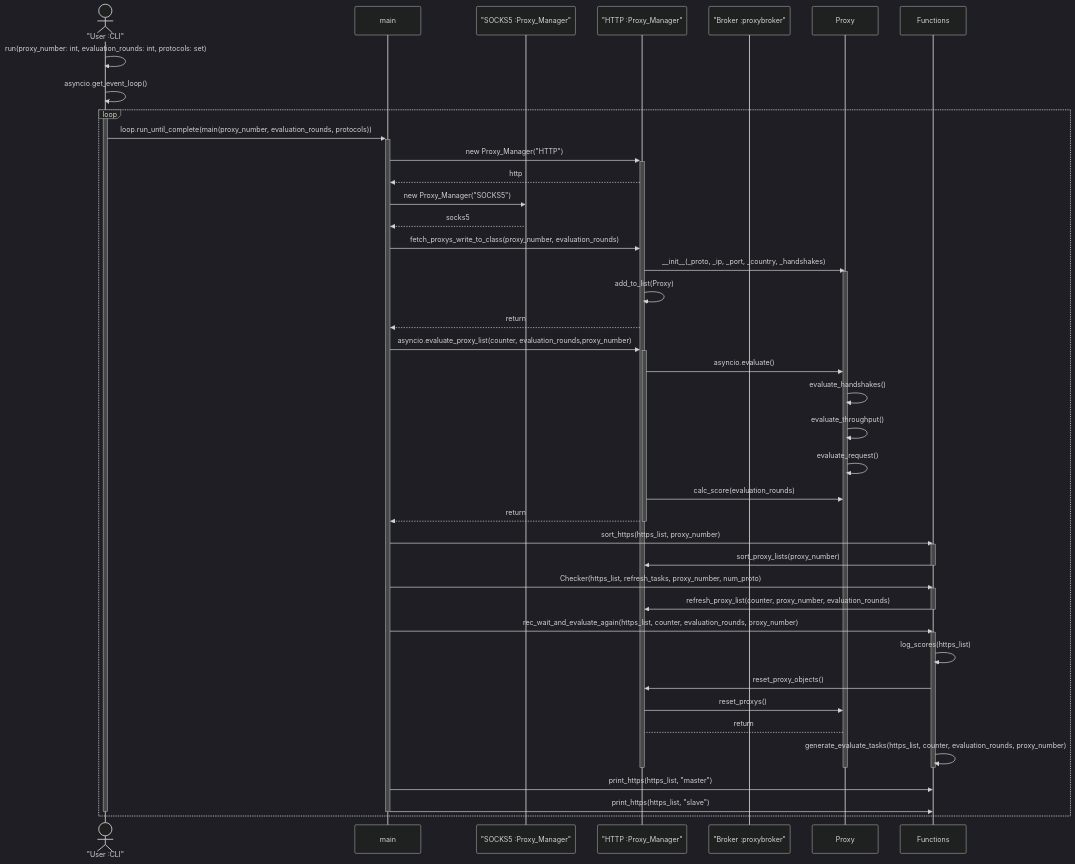
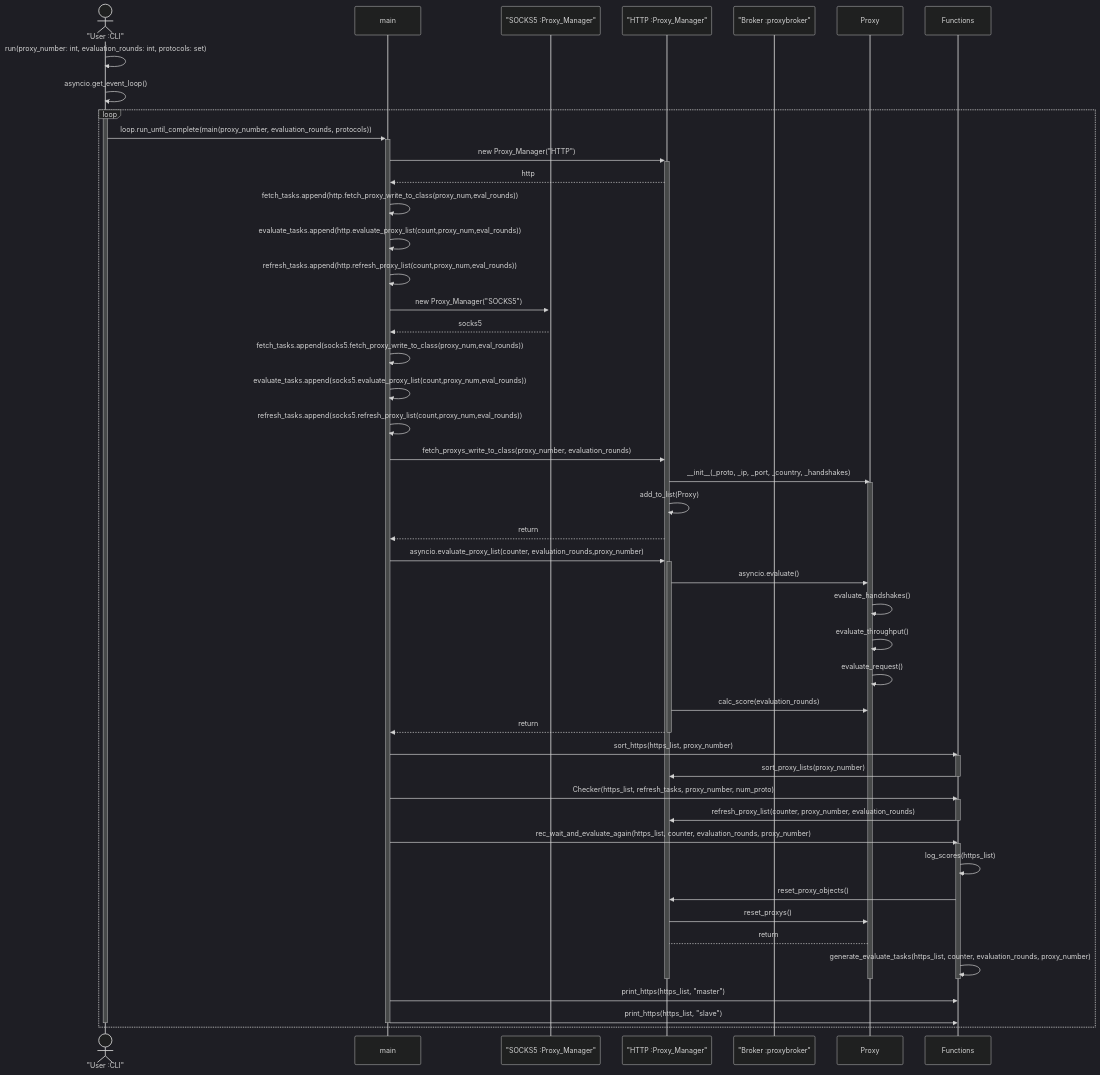
The second of 2 diagrams in README.md (quintuscodes/Proxy-Reliability-using-Proxybroker2), drawn with Mermaid (dark theme) before and after one commit.

Commit message:
README.md

````diff
--- a/README.md
+++ b/README.md
@@ -84,71 +84,77 @@
 ```mermaid 
 
 sequenceDiagram
     actor CLI as "User :CLI"
     participant main
     
     participant socks5 as "SOCKS5   :Proxy_Manager"
     participant http as "HTTP   :Proxy_Manager"
     participant broker as "Broker   :proxybroker"
     participant Proxy
     participant Functions
 
     
     CLI->>CLI: run(proxy_number: int, evaluation_rounds: int, protocols: set)
     CLI->>CLI: asyncio.get_event_loop()
     loop
       activate CLI
       CLI->>+main: loop.run_until_complete(main(proxy_number, evaluation_rounds, protocols))
       
       
       main->>+http: new   Proxy_Manager("HTTP")
       http-->> main: http
+      main->>main: fetch_tasks.append(http.fetch_proxy_write_to_class(proxy_num,eval_rounds))
+      main->>main: evaluate_tasks.append(http.evaluate_proxy_list(count,proxy_num,eval_rounds))
+      main->>main: refresh_tasks.append(http.refresh_proxy_list(count,proxy_num,eval_rounds))
 
-      main->>socks5: new   Proxy_Manager("SOCKS5")
-      activate socks5
+      main->>+socks5: new   Proxy_Manager("SOCKS5")
       socks5-->>main: socks5
+
+      main->>main: fetch_tasks.append(socks5.fetch_proxy_write_to_class(proxy_num,eval_rounds))
+      main->>main: evaluate_tasks.append(socks5.evaluate_proxy_list(count,proxy_num,eval_rounds))
+      main->>main: refresh_tasks.append(socks5.refresh_proxy_list(count,proxy_num,eval_rounds))
 
       main->>http:fetch_proxys_write_to_class(proxy_number, evaluation_rounds)
       
       http->>Proxy: __init__(_proto, _ip, _port, _country, _handshakes)
       activate Proxy
       http->>http: add_to_list(Proxy)
       http-->>main: return
       
 
       main->>http: asyncio.evaluate_proxy_list(counter, evaluation_rounds,proxy_number)
       activate http
       http->>Proxy: asyncio.evaluate()
       Proxy->>Proxy: evaluate_handshakes()
       Proxy->>Proxy: evaluate_throughput()
       Proxy->>Proxy: evaluate_request()
       http->>Proxy: calc_score(evaluation_rounds)
       http-->>main: return
       deactivate http
 
       main->>Functions: sort_https(https_list, proxy_number)
       activate Functions
       Functions->>http: sort_proxy_lists(proxy_number)
       deactivate Functions
 
       main->>Functions: Checker(https_list, refresh_tasks, proxy_number, num_proto)
       activate Functions
       Functions->>http: refresh_proxy_list(counter, proxy_number, evaluation_rounds)
       deactivate Functions
 
       main->>Functions: rec_wait_and_evaluate_again(https_list, counter, evaluation_rounds, proxy_number)
       activate Functions
       Functions->>Functions: log_scores(https_list)
       Functions->>http: reset_proxy_objects()
       http ->> Proxy: reset_proxys()
       Proxy--> http: return
       Functions->>Functions: generate_evaluate_tasks(https_list, counter, evaluation_rounds, proxy_number)
       deactivate Functions
       deactivate http
       deactivate Proxy
       main->>Functions: print_https(https_list, "master")
       main->>Functions: print_https(https_list, "slave")
       deactivate main
       deactivate CLI
     end
 ```
````
